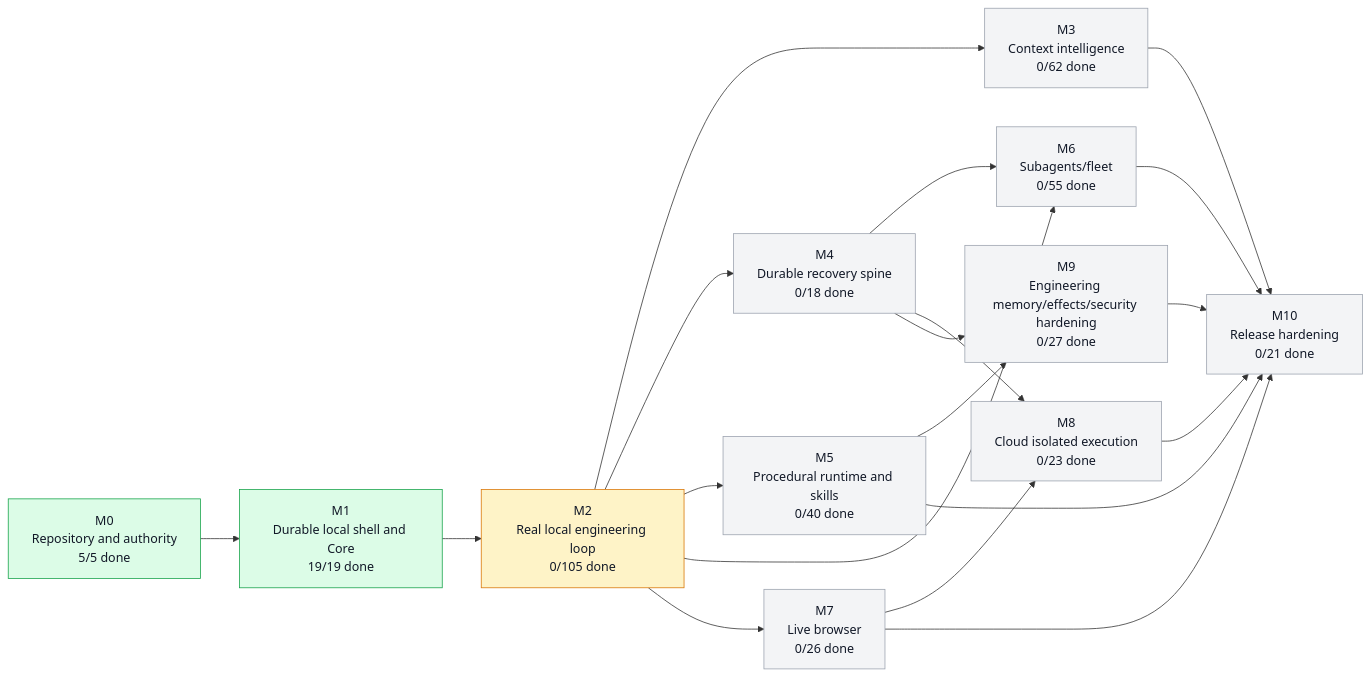
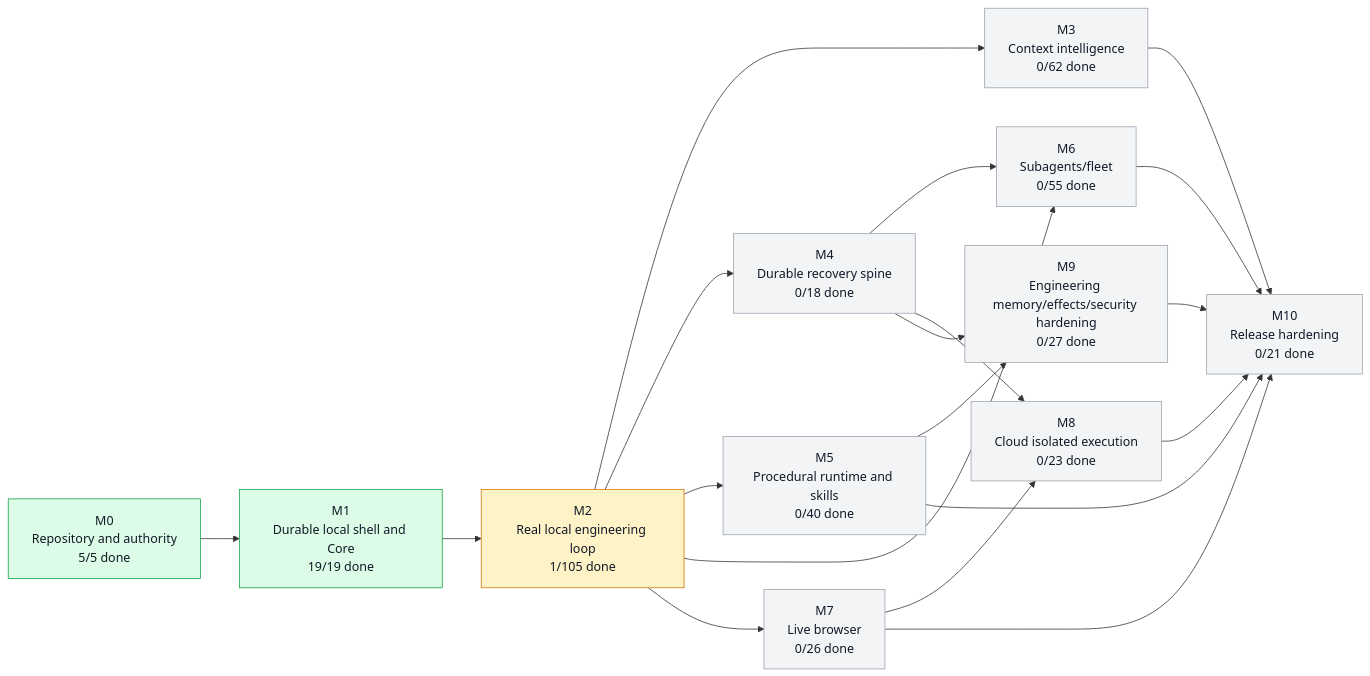
Before and after one commit to moss101/modbit: the first of 5 diagrams in graph/PROJECT_GRAPH.md, drawn with Mermaid. The commit also changed other lines of this file and 6 other files, not shown here.

````diff
--- a/graph/PROJECT_GRAPH.md
+++ b/graph/PROJECT_GRAPH.md
@@ -57,43 +57,43 @@
 ```mermaid
 flowchart LR
   M0["M0<br/>Repository and authority<br/>5/5 done"]
   M1["M1<br/>Durable local shell and Core<br/>19/19 done"]
-  M2["M2<br/>Real local engineering loop<br/>0/105 done"]
+  M2["M2<br/>Real local engineering loop<br/>1/105 done"]
   M3["M3<br/>Context intelligence<br/>0/62 done"]
   M4["M4<br/>Durable recovery spine<br/>0/18 done"]
   M5["M5<br/>Procedural runtime and skills<br/>0/40 done"]
   M6["M6<br/>Subagents/fleet<br/>0/55 done"]
   M7["M7<br/>Live browser<br/>0/26 done"]
   M8["M8<br/>Cloud isolated execution<br/>0/23 done"]
   M9["M9<br/>Engineering memory/effects/security hardening<br/>0/27 done"]
   M10["M10<br/>Release hardening<br/>0/21 done"]
   M0 --> M1
   M1 --> M2
   M2 --> M3
   M2 --> M4
   M2 --> M5
   M2 --> M6
   M4 --> M6
   M2 --> M7
   M4 --> M8
   M7 --> M8
   M4 --> M9
   M5 --> M9
   M3 --> M10
   M5 --> M10
   M6 --> M10
   M7 --> M10
   M8 --> M10
   M9 --> M10
   style M0 fill:#dcfce7,stroke:#16a34a,color:#111827
   style M1 fill:#dcfce7,stroke:#16a34a,color:#111827
   style M2 fill:#fef3c7,stroke:#d97706,color:#111827
   style M3 fill:#f3f4f6,stroke:#9ca3af,color:#111827
   style M4 fill:#f3f4f6,stroke:#9ca3af,color:#111827
   style M5 fill:#f3f4f6,stroke:#9ca3af,color:#111827
   style M6 fill:#f3f4f6,stroke:#9ca3af,color:#111827
   style M7 fill:#f3f4f6,stroke:#9ca3af,color:#111827
   style M8 fill:#f3f4f6,stroke:#9ca3af,color:#111827
   style M9 fill:#f3f4f6,stroke:#9ca3af,color:#111827
   style M10 fill:#f3f4f6,stroke:#9ca3af,color:#111827
 ```
````
